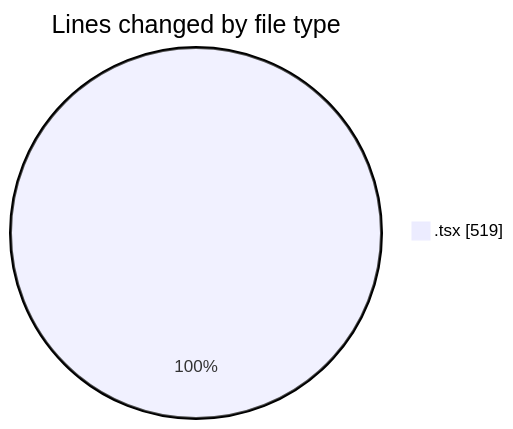
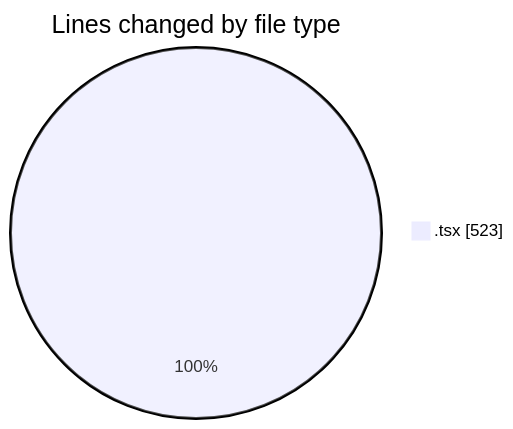
The first of 2 diagrams in 2025-02-07/portofolio/README.md (donsfak/code-tracking), drawn with Mermaid before and after one commit. The commit also changed other lines of this file and 1 other file, not shown here.

````diff
--- a/2025-02-07/portofolio/README.md
+++ b/2025-02-07/portofolio/README.md
@@ -20,5 +20,5 @@
 ```mermaid
 pie showData
 title Lines changed by file type
-".tsx" : 519
+".tsx" : 523
 ```
````
